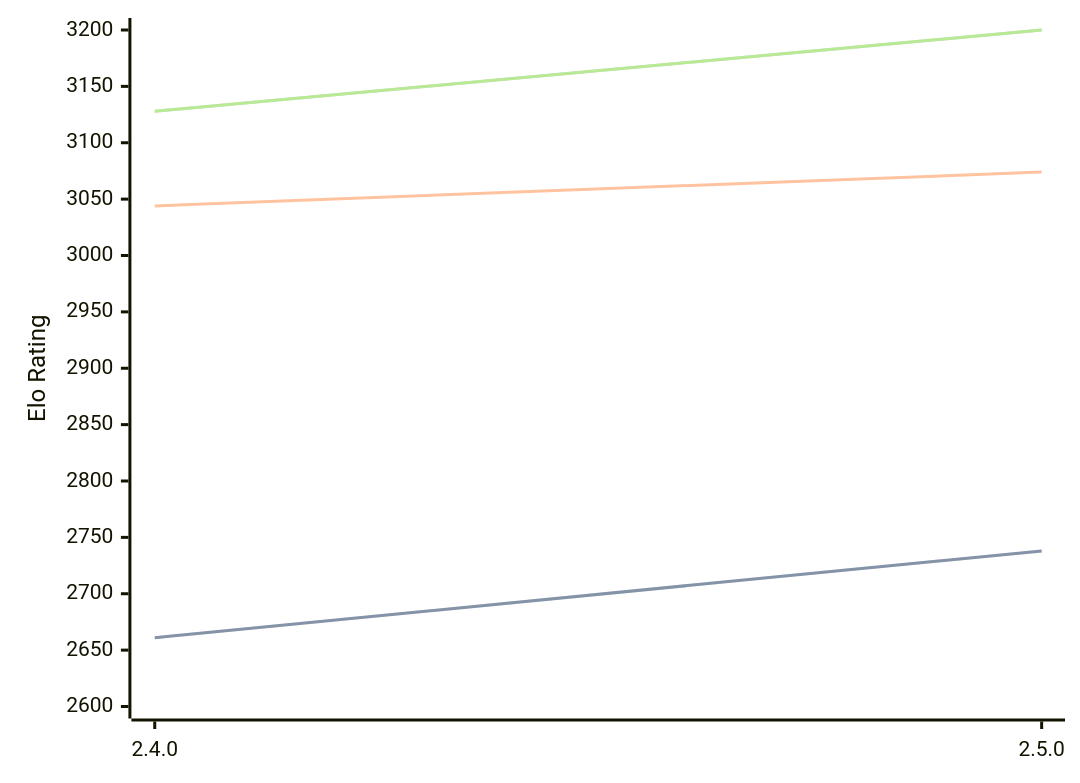
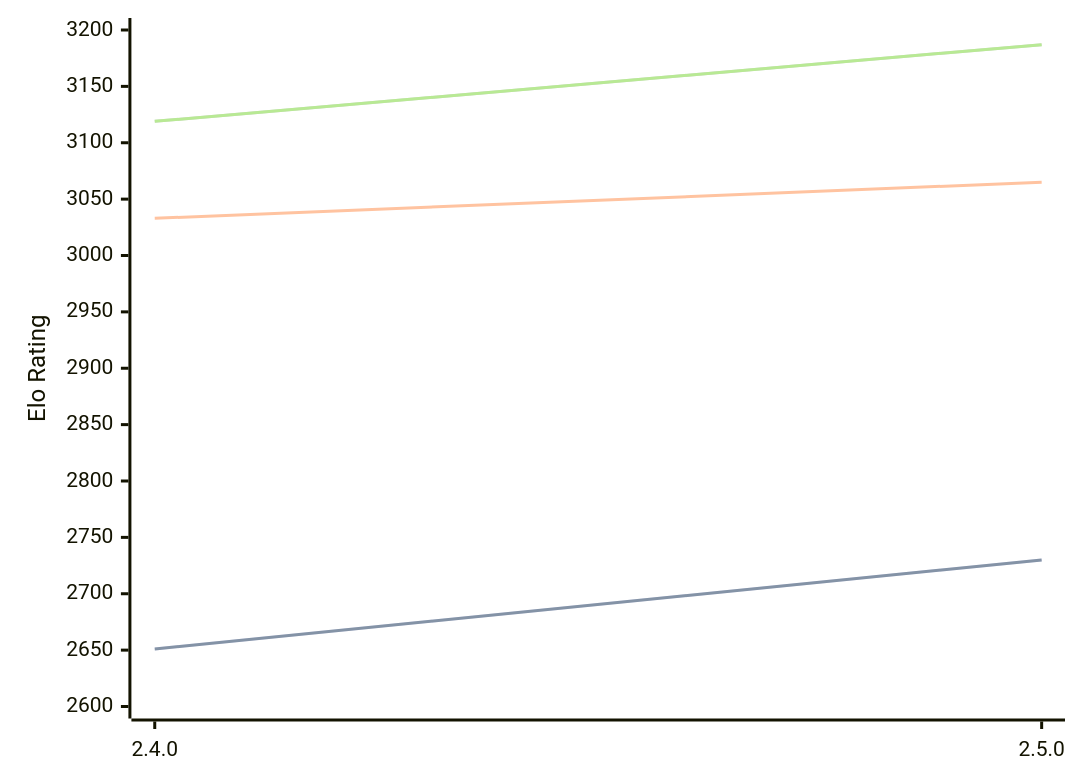
Before and after one commit to computer-chess-index/cci: the diagram in engines/Sturddle2.md, drawn with Mermaid. The commit also changed other lines of this file, not shown here.

Commit message:
Update CCI Ratings (ELO VLTC) - 2026-03-19

````diff
--- a/engines/Sturddle2.md
+++ b/engines/Sturddle2.md
@@ -35,11 +35,11 @@
 ```mermaid
 %%{init: {"theme":"base","themeVariables":{"seriesColors:['#a3a3a3','#222221','#faa371']}}}%%
 xychart-beta
   x-axis ["2.4.0", "2.5.0"]
   y-axis "Elo Rating" 2600 --> 3200
-  line "STC (8.0+0.08s)" [2661, 2738]
-  line "STC (8.0+0.08s)" [2661, 2738]
-  line "LTC (60.0+0.60s)" [3044, 3074]
-  line "VLTC (2m24s+1.12s)" [3128, 3200]
-  line "VLTC (2m24s+1.12s)" [3128, 3200]
+  line "STC (8.0+0.08s)" [2651, 2730]
+  line "STC (8.0+0.08s)" [2651, 2730]
+  line "LTC (60.0+0.60s)" [3033, 3065]
+  line "VLTC (2m24s+1.12s)" [3119, 3187]
+  line "VLTC (2m24s+1.12s)" [3119, 3187]
 ```
````
